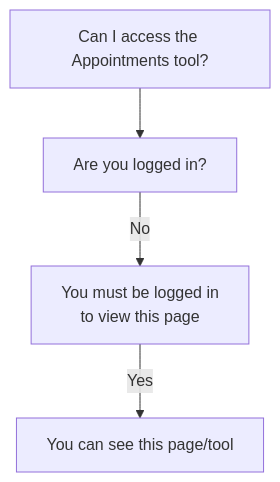
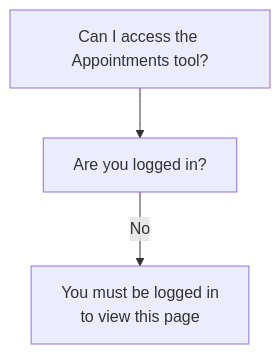
One commit to department-of-veterans-affairs/va.gov-team changed the third of 3 diagrams in products/health-care/digital-health-modernization/engineering/mhv-access-visibility-graphs.md. Above: the diagram before and after it, drawn with Mermaid. The commit also changed other lines of this file, not shown here.

First line of the commit message:
Update mhv-access-visibility-graphs.md

````diff
--- a/products/health-care/digital-health-modernization/engineering/mhv-access-visibility-graphs.md
+++ b/products/health-care/digital-health-modernization/engineering/mhv-access-visibility-graphs.md
@@ -45,12 +56,10 @@
 ```mermaid
 graph TD
 
 Appts.Access[Can I access the Appointments tool?]
 Appts.LoggedIn[Are you logged in?]
 Appts.AuthReq[You must be logged in <br>to view this page]
-Appts.Viewable[You can see this page/tool]
 
 Appts.Access --> Appts.LoggedIn
 Appts.LoggedIn -->|No| Appts.AuthReq
-Appts.AuthReq -->|Yes| Appts.Viewable
 ```
````
